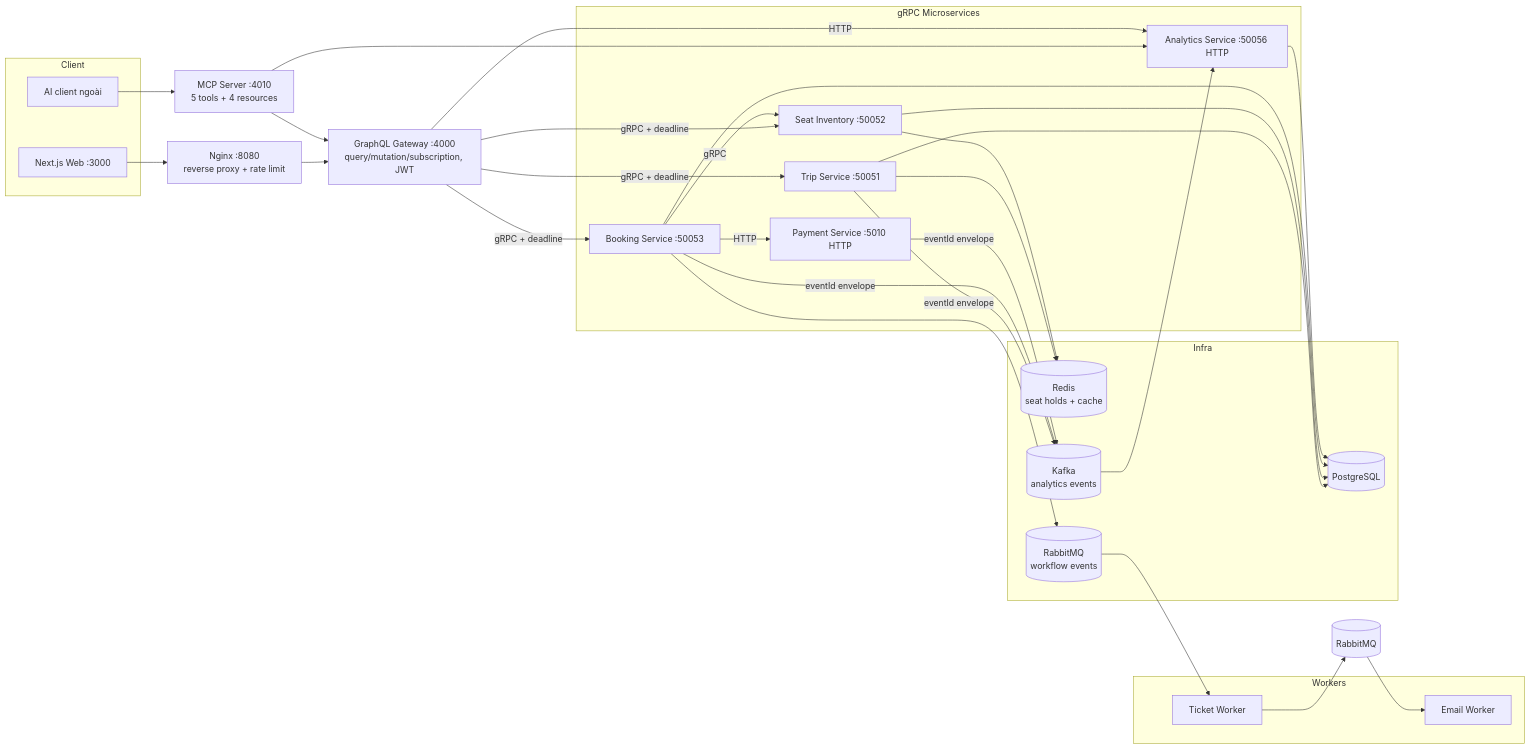
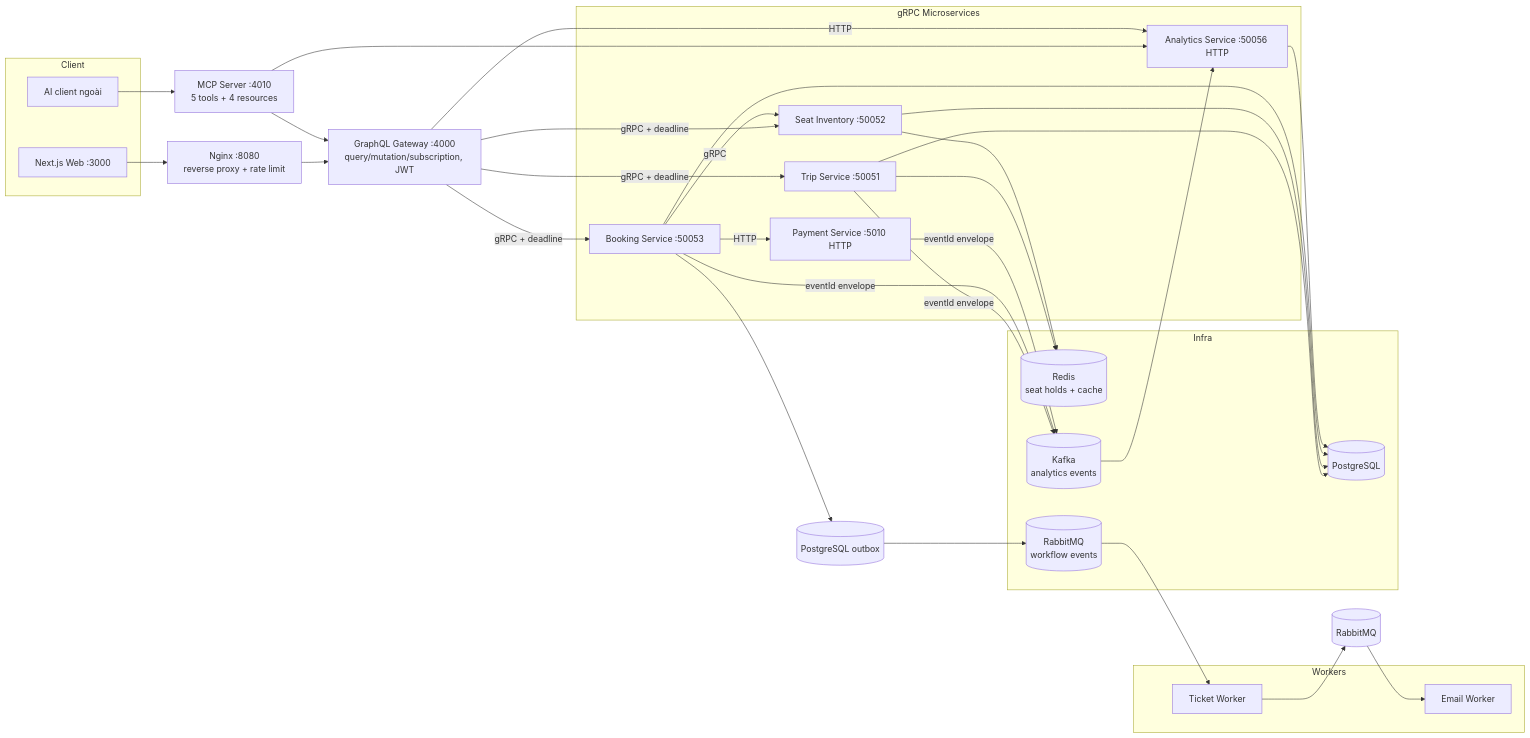
One commit to bruce184/ai-bus-booking-system changed the first of 3 diagrams in docs/TEAM_OVERVIEW.md. Above: the diagram before and after it, drawn with Mermaid. The commit also changed other lines of this file and 6 other files, not shown here.

````diff
--- a/docs/TEAM_OVERVIEW.md
+++ b/docs/TEAM_OVERVIEW.md
@@ -14,42 +14,42 @@
 ```mermaid
 graph LR
   subgraph Client
     WEB[Next.js Web :3000]
     AIC[AI client ngoài]
   end
   NGINX[Nginx :8080<br/>reverse proxy + rate limit]
   GW[GraphQL Gateway :4000<br/>query/mutation/subscription, JWT]
   MCP[MCP Server :4010<br/>5 tools + 4 resources]
 
   subgraph Services [gRPC Microservices]
     TRIP[Trip Service :50051]
     SEAT[Seat Inventory :50052]
     BOOK[Booking Service :50053]
     PAY[Payment Service :5010 HTTP]
     ANA[Analytics Service :50056 HTTP]
   end
 
   subgraph Workers
     TW[Ticket Worker]
     EW[Email Worker]
   end
 
   subgraph Infra
     PG[(PostgreSQL)]
     RD[(Redis<br/>seat holds + cache)]
     RMQ[(RabbitMQ<br/>workflow events)]
     KFK[(Kafka<br/>analytics events)]
   end
 
   WEB --> NGINX --> GW
   AIC --> MCP --> GW
   MCP --> ANA
   GW -- gRPC + deadline --> TRIP & SEAT & BOOK
   GW -- HTTP --> ANA
   BOOK -- HTTP --> PAY
   BOOK -- gRPC --> SEAT
   TRIP & SEAT & BOOK --> PG
   TRIP & SEAT --> RD
-  BOOK --> RMQ --> TW --> RMQ2[(RabbitMQ)] --> EW
+  BOOK --> OB[(PostgreSQL outbox)] --> RMQ --> TW --> RMQ2[(RabbitMQ)] --> EW
   TRIP & BOOK & PAY -- eventId envelope --> KFK --> ANA --> PG
 ```
````
